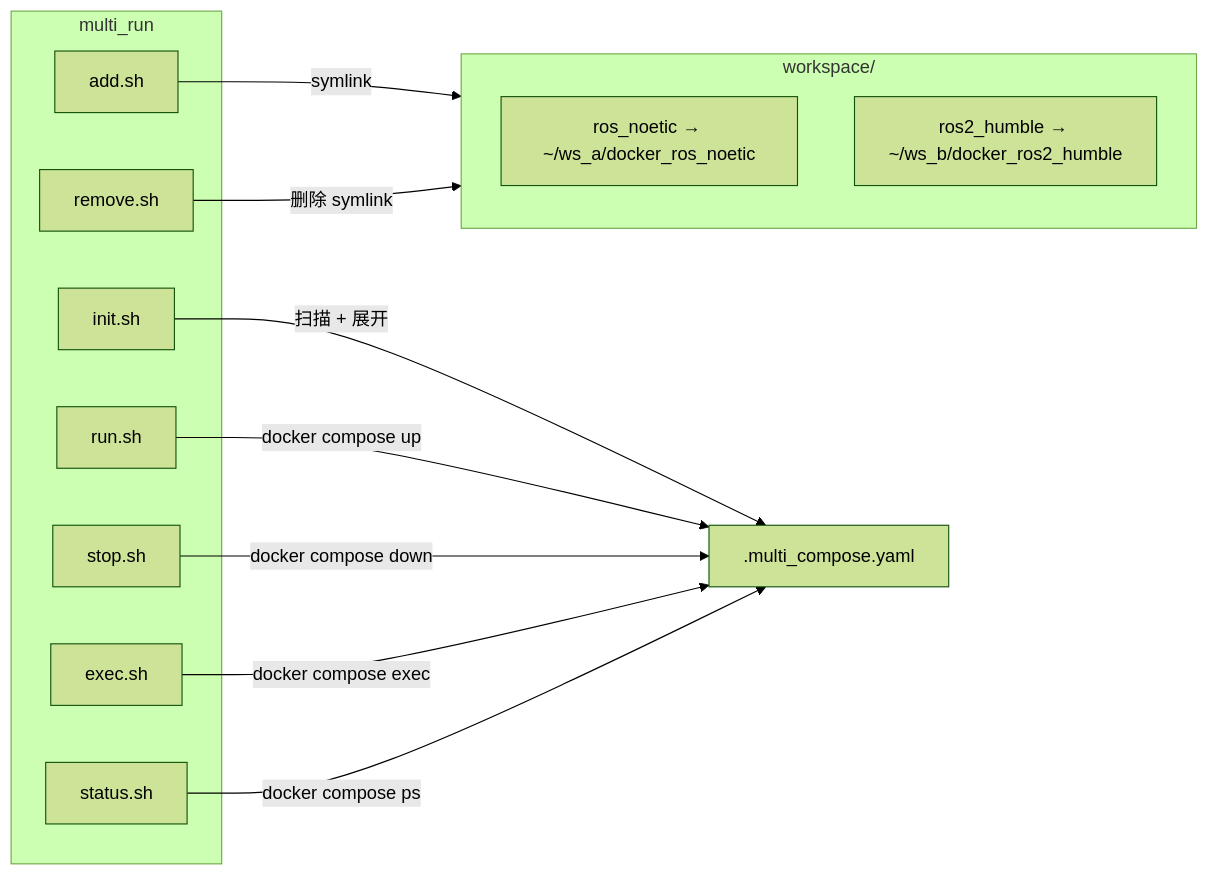
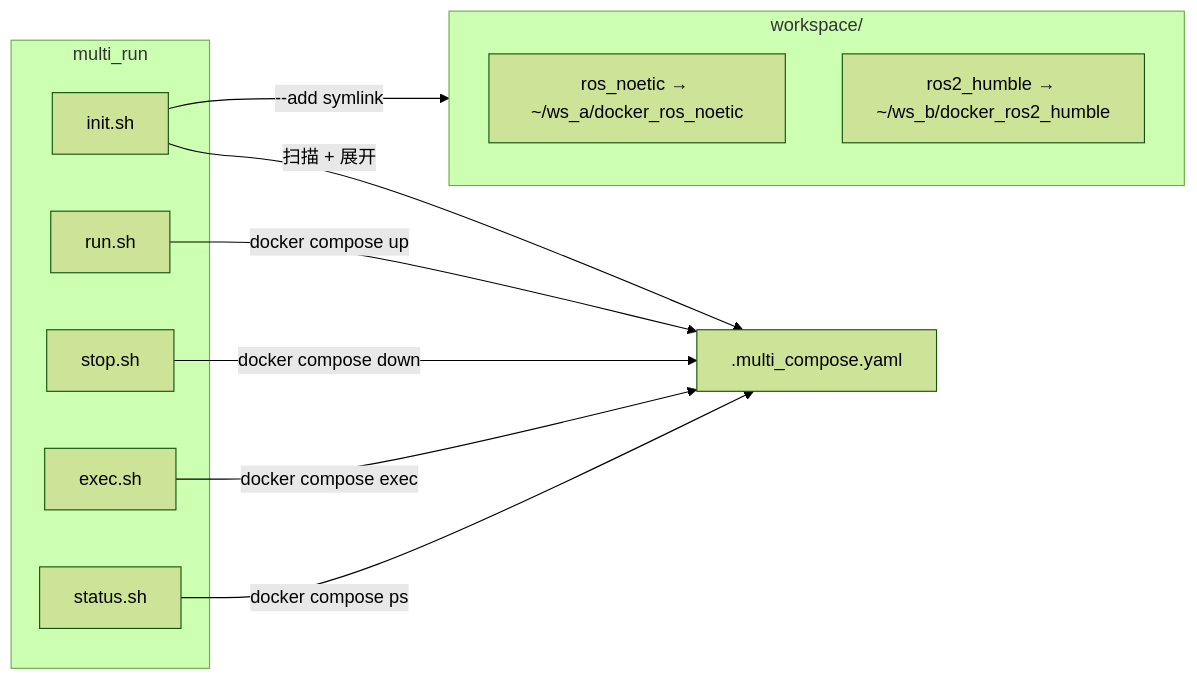
One commit to ycpss91255-docker/multi_run changed the diagram in doc/readme/README.zh-CN.md. Above: the diagram before and after it, drawn with Mermaid (forest theme). The commit also changed other lines of this file and 13 other files, not shown here.

````diff
--- a/doc/readme/README.zh-CN.md
+++ b/doc/readme/README.zh-CN.md
@@ -45,25 +45,22 @@
 ```mermaid
 flowchart LR
     subgraph multi_run
-        add["add.sh"]
         init["init.sh"]
         run["run.sh"]
         stop["stop.sh"]
         exec["exec.sh"]
         status["status.sh"]
-        remove["remove.sh"]
     end
 
     subgraph workspace["workspace/"]
         ws_a["ros_noetic → ~/ws_a/docker_ros_noetic"]
         ws_b["ros2_humble → ~/ws_b/docker_ros2_humble"]
     end
 
-    add -->|"symlink"| workspace
+    init -->|"--add symlink"| workspace
     init -->|"扫描 + 展开"| compose[".multi_compose.yaml"]
     run -->|"docker compose up"| compose
     stop -->|"docker compose down"| compose
     exec -->|"docker compose exec"| compose
     status -->|"docker compose ps"| compose
-    remove -->|"删除 symlink"| workspace
 ```
````
